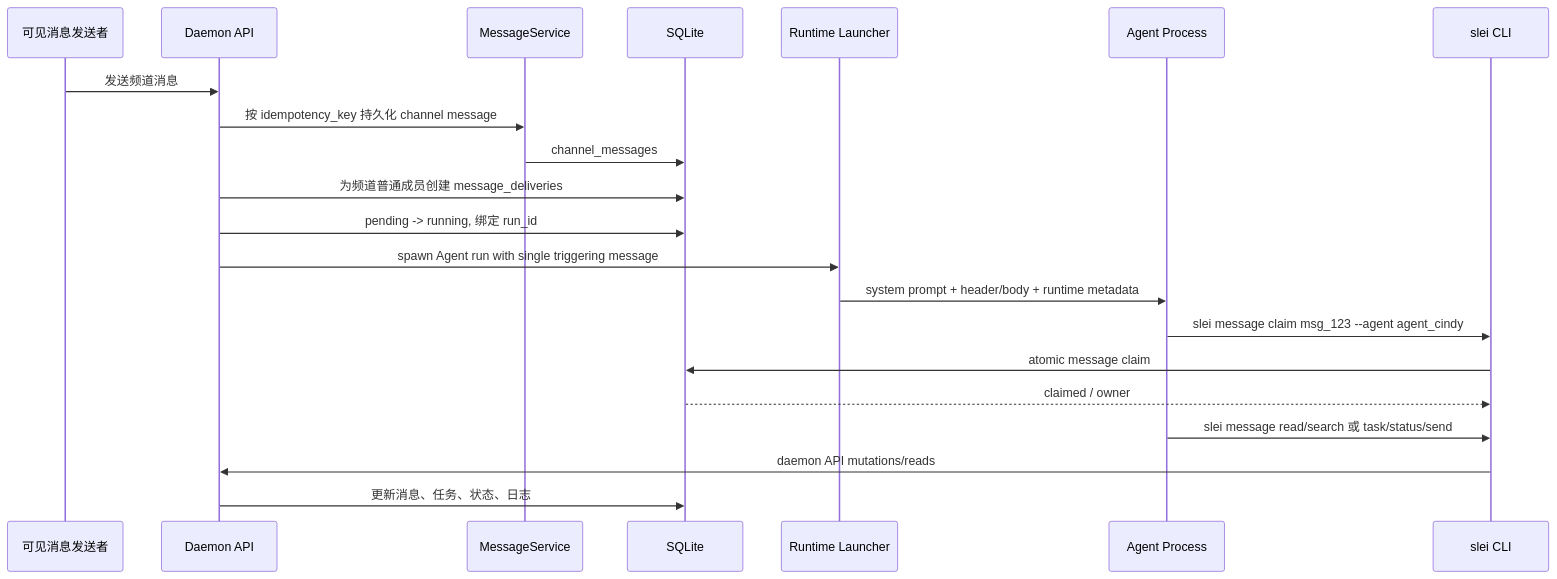
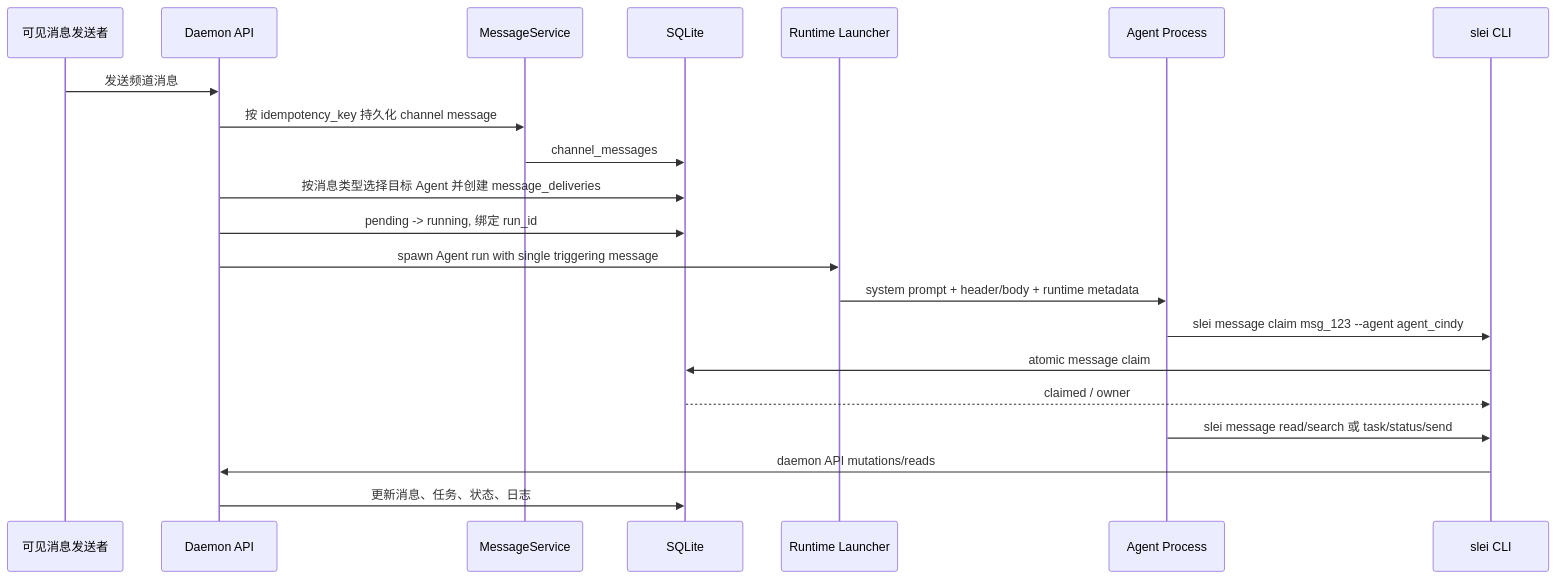
One commit to leedalei/Slei changed the second of 2 diagrams in docs/architecture/0005-channel-routing-and-multi-agent-flow.md. Above: the diagram before and after it, drawn with Mermaid. The commit also changed other lines of this file and 13 other files, not shown here.

````diff
--- a/docs/architecture/0005-channel-routing-and-multi-agent-flow.md
+++ b/docs/architecture/0005-channel-routing-and-multi-agent-flow.md
@@ -159,24 +162,24 @@
 ```mermaid
 sequenceDiagram
     participant Sender as 可见消息发送者
     participant API as Daemon API
     participant Msg as MessageService
     participant Store as SQLite
     participant Launch as Runtime Launcher
     participant Agent as Agent Process
     participant CLI as slei CLI
 
     Sender->>API: 发送频道消息
     API->>Msg: 按 idempotency_key 持久化 channel message
     Msg->>Store: channel_messages
-    API->>Store: 为频道普通成员创建 message_deliveries
+    API->>Store: 按消息类型选择目标 Agent 并创建 message_deliveries
     API->>Store: pending -> running, 绑定 run_id
     API->>Launch: spawn Agent run with single triggering message
     Launch->>Agent: system prompt + header/body + runtime metadata
     Agent->>CLI: slei message claim msg_123 --agent agent_cindy
     CLI->>Store: atomic message claim
     Store-->>CLI: claimed / owner
     Agent->>CLI: slei message read/search 或 task/status/send
     CLI->>API: daemon API mutations/reads
     API->>Store: 更新消息、任务、状态、日志
 ```
````
